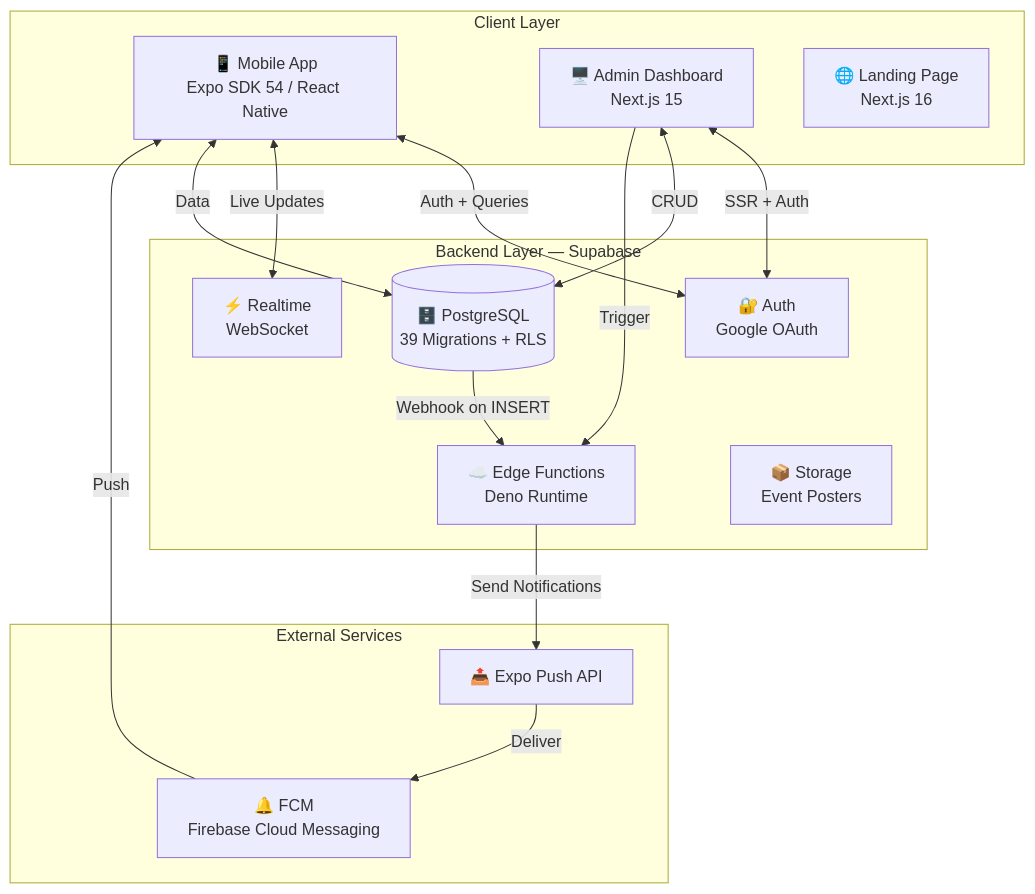
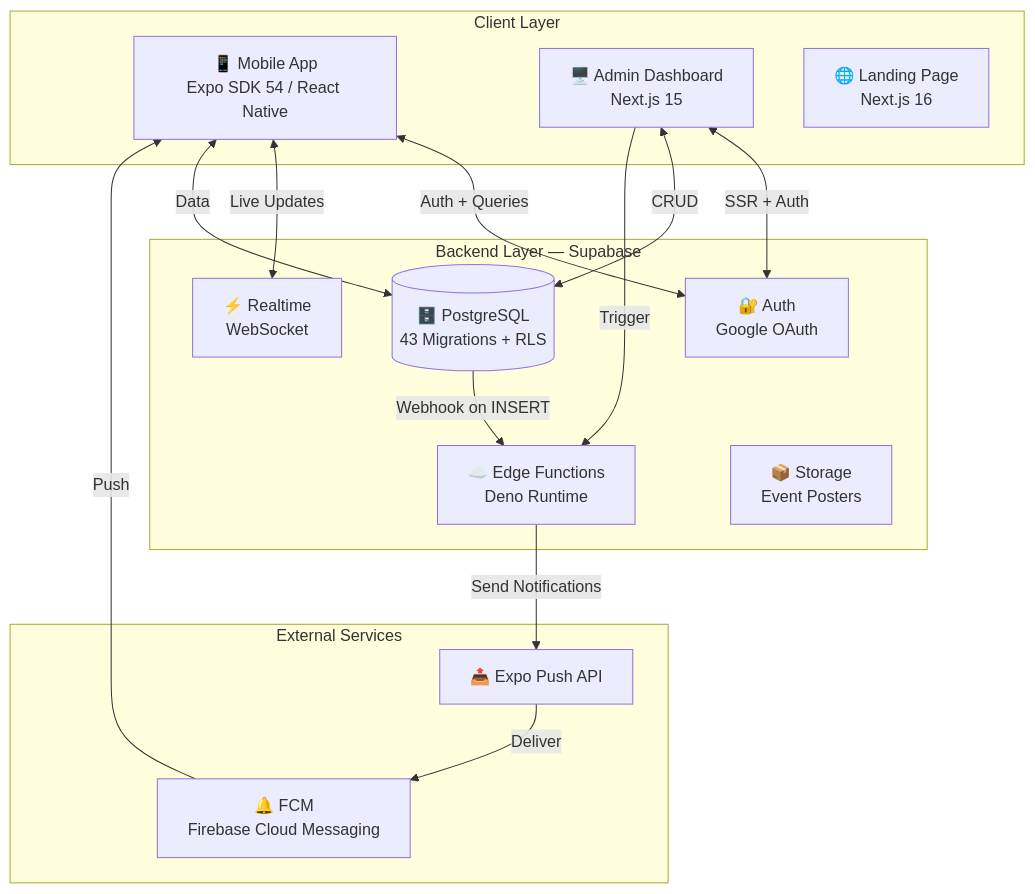
The first of 4 diagrams in README.md (kxnn02/campus-currents), drawn with Mermaid before and after one commit. The commit also changed other lines of this file and 10 other files, not shown here.

````diff
--- a/README.md
+++ b/README.md
@@ -33,32 +33,32 @@
 ```mermaid
 graph TB
     subgraph Client["Client Layer"]
         MA[📱 Mobile App<br/>Expo SDK 54 / React Native]
         AD[🖥️ Admin Dashboard<br/>Next.js 15]
         WEB[🌐 Landing Page<br/>Next.js 16]
     end
 
     subgraph Backend["Backend Layer — Supabase"]
         AUTH[🔐 Auth<br/>Google OAuth]
-        DB[(🗄️ PostgreSQL<br/>39 Migrations + RLS)]
+        DB[(🗄️ PostgreSQL<br/>43 Migrations + RLS)]
         RT[⚡ Realtime<br/>WebSocket]
         EF[☁️ Edge Functions<br/>Deno Runtime]
         ST[📦 Storage<br/>Event Posters]
     end
 
     subgraph External["External Services"]
         EXPO[📤 Expo Push API]
         FCM[🔔 FCM<br/>Firebase Cloud Messaging]
     end
 
     MA <-->|Auth + Queries| AUTH
     MA <-->|Live Updates| RT
     MA <-->|Data| DB
     AD <-->|SSR + Auth| AUTH
     AD <-->|CRUD| DB
     AD -->|Trigger| EF
     EF -->|Send Notifications| EXPO
     EXPO -->|Deliver| FCM
     FCM -->|Push| MA
     DB -->|Webhook on INSERT| EF
 ```
````
